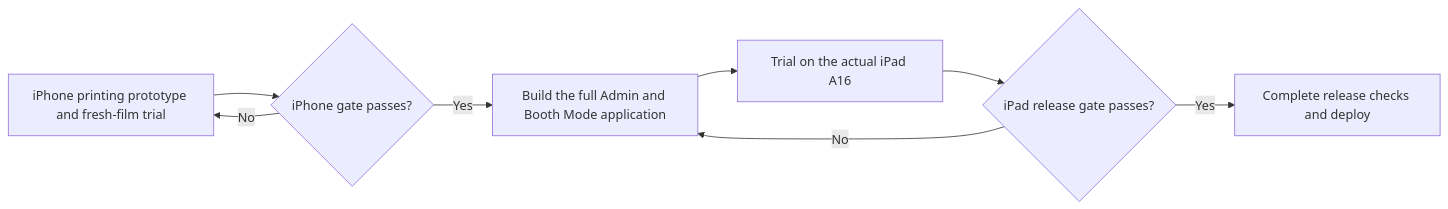
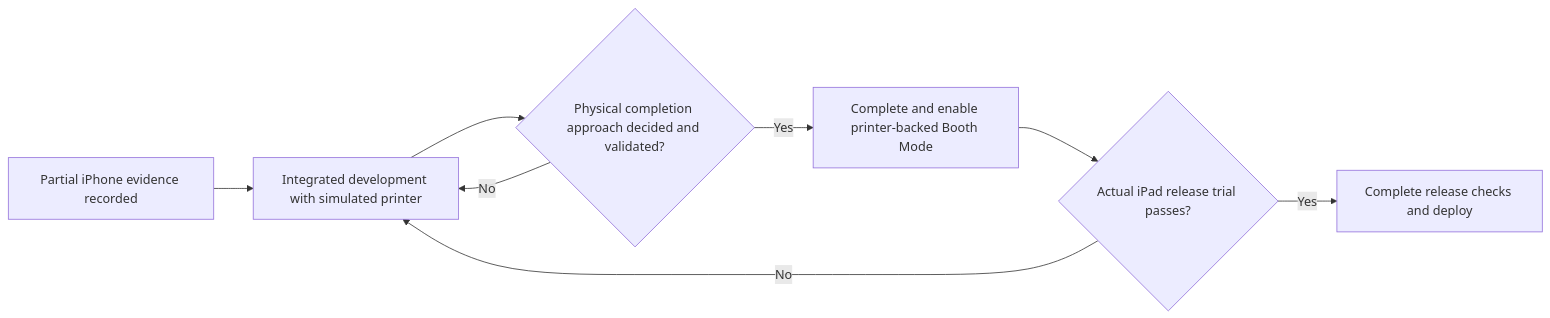
Before and after one commit to noelorph/diy-instax-photobooth: the first of 4 diagrams in docs/diagrams/printing-to-deployment-flow.md, drawn with Mermaid. The commit also changed other lines of this file and 13 other files, not shown here.

````diff
--- a/docs/diagrams/printing-to-deployment-flow.md
+++ b/docs/diagrams/printing-to-deployment-flow.md
@@ -5,10 +5,10 @@
 ```mermaid
 flowchart LR
-    A["iPhone printing prototype and fresh-film trial"] --> B{"iPhone gate passes?"}
-    B -- No --> A
-    B -- Yes --> C["Build the full Admin and Booth Mode application"]
-    C --> D["Trial on the actual iPad A16"]
-    D --> E{"iPad release gate passes?"}
-    E -- No --> C
+    A["Partial iPhone evidence recorded"] --> B["Integrated development with simulated printer"]
+    B --> C{"Physical completion approach decided and validated?"}
+    C -- No --> B
+    C -- Yes --> D["Complete and enable printer-backed Booth Mode"]
+    D --> E{"Actual iPad release trial passes?"}
+    E -- No --> B
     E -- Yes --> F["Complete release checks and deploy"]
 ```
````
